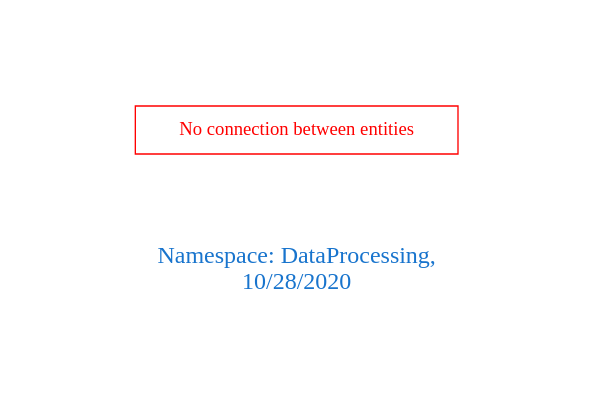
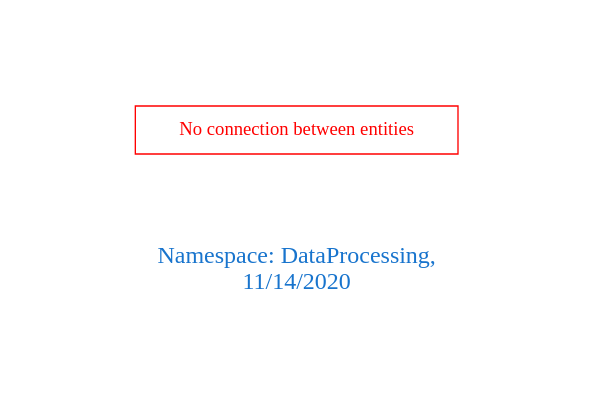
Before and after one commit to arago/OGIT: the diagram in downloads/DataProcessing.dot, drawn with Graphviz. The commit also changed 1821 other files, not shown here.

```diff
--- a/downloads/DataProcessing.dot
+++ b/downloads/DataProcessing.dot
@@ -1,9 +1,9 @@
 digraph OGIT_ontology {
  graph [ rankdir= LR,pad=1 
 fontsize = 18,
-fontcolor= dodgerblue3,label = "\n\n\nNamespace: DataProcessing, \n 10/28/2020"];
+fontcolor= dodgerblue3,label = "\n\n\nNamespace: DataProcessing, \n 11/14/2020"];
 node[shape=polygon];
 edge [  color="gray81"];
 
 "No connection between entities" [fontcolor = "red",color="red", shape="polygon"]
 }
```
